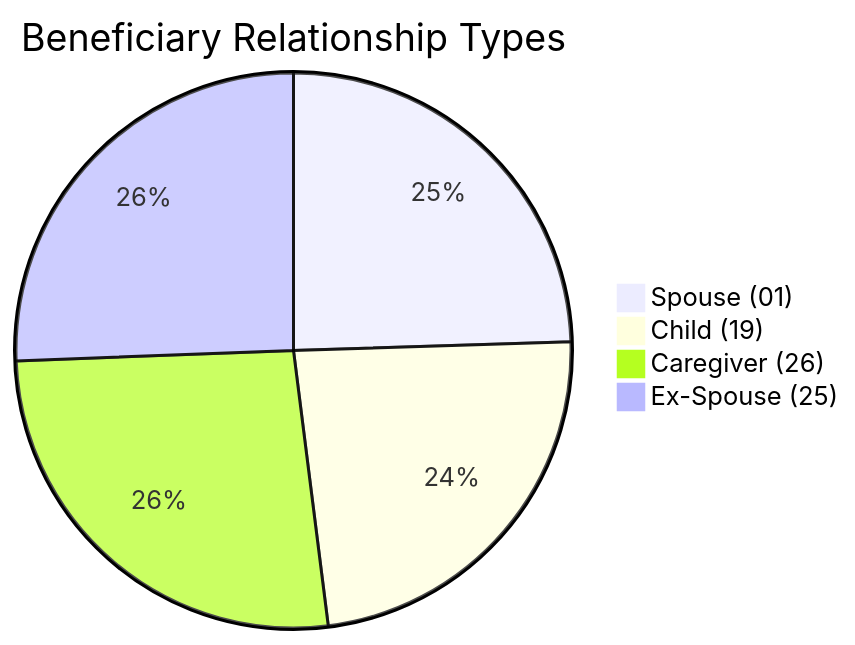
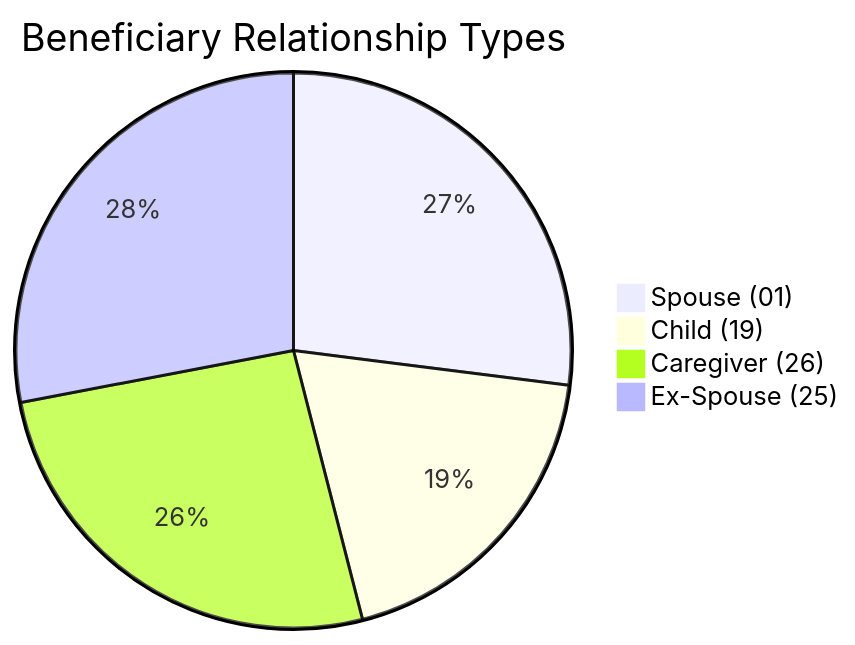
The eighth of 10 diagrams in test-tools/DataGen/src/Statistics_Visualizer.md (dhagan-va/intern-2025), drawn with Mermaid before and after one commit. The commit also changed other lines of this file and 2 other files, not shown here.

````diff
--- a/test-tools/DataGen/src/Statistics_Visualizer.md
+++ b/test-tools/DataGen/src/Statistics_Visualizer.md
@@ -86,7 +86,7 @@
 ```mermaid
 pie title Beneficiary Relationship Types
-    "Spouse (01)" : 245
-    "Child (19)" : 235
-    "Caregiver (26)" : 264
-    "Ex-Spouse (25)" : 256
+    "Spouse (01)" : 27
+    "Child (19)" : 19
+    "Caregiver (26)" : 26
+    "Ex-Spouse (25)" : 28
 ```
````
